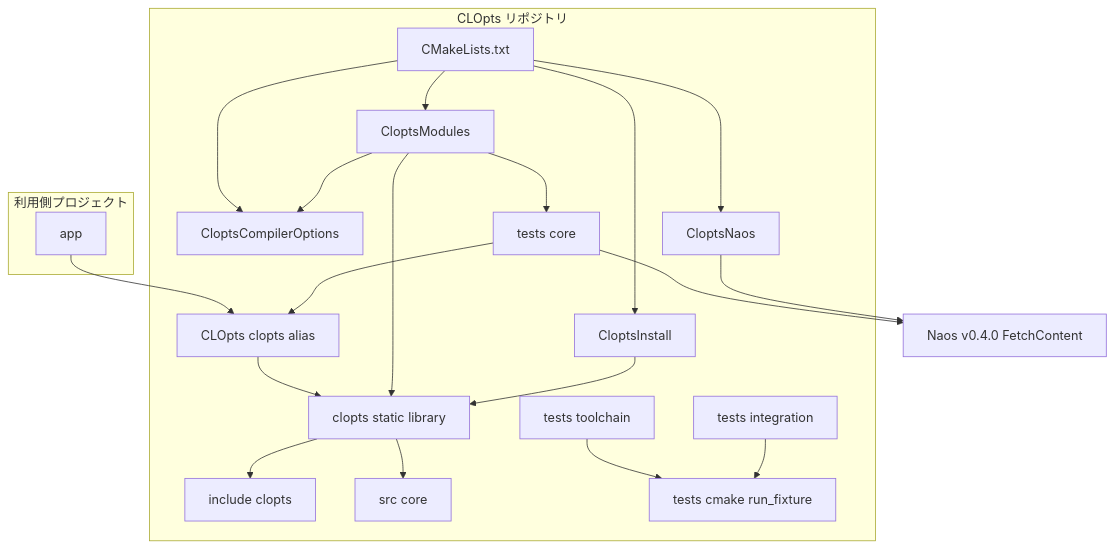
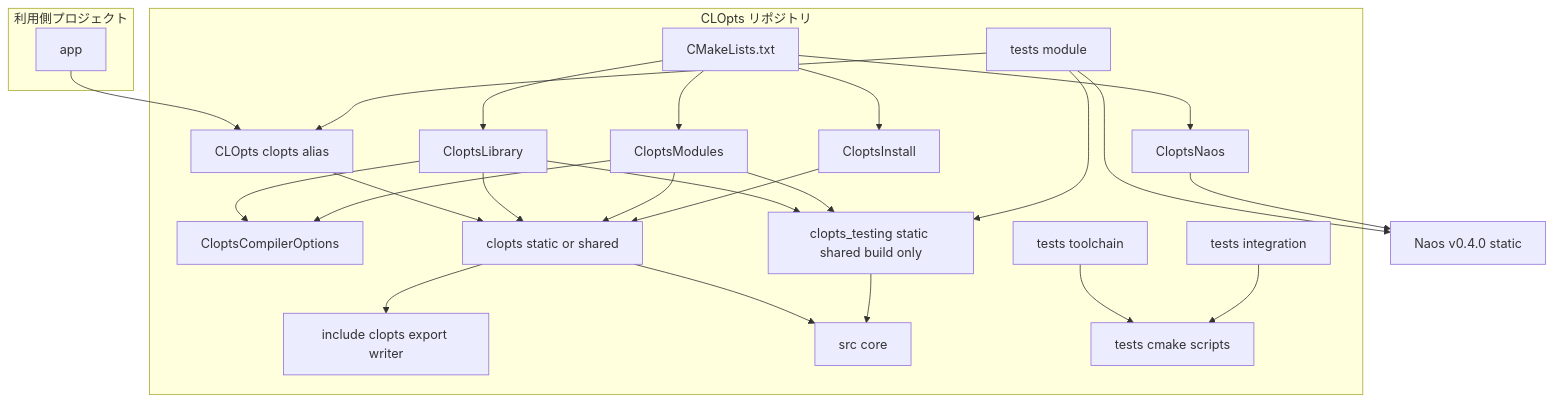
Before and after one commit to ktdevx/clopts-private: the first of 4 diagrams in .kiro/specs/project-foundation/design.md, drawn with Mermaid. The commit also changed other lines of this file and 2 other files, not shown here.

````diff
--- a/.kiro/specs/project-foundation/design.md
+++ b/.kiro/specs/project-foundation/design.md
@@ -69,40 +123,47 @@
 ```mermaid
 graph TB
     subgraph Consumer[利用側プロジェクト]
         App[app]
     end
     subgraph CLOpts[CLOpts リポジトリ]
         Root[CMakeLists.txt]
         Opts[CloptsCompilerOptions]
+        LibHelper[CloptsLibrary]
         Mods[CloptsModules]
         NaosFetch[CloptsNaos]
         Inst[CloptsInstall]
-        Lib[clopts static library]
+        Lib[clopts static or shared]
+        Testing[clopts_testing static shared build only]
         Alias[CLOpts clopts alias]
-        PubHdr[include clopts]
+        PubHdr[include clopts export writer]
         Core[src core]
-        CoreTests[tests core]
+        UnitTests[tests module]
         Toolchain[tests toolchain]
         Integration[tests integration]
-        RunFixture[tests cmake run_fixture]
+        RunFixture[tests cmake scripts]
     end
-    Naos[Naos v0.4.0 FetchContent]
+    Naos[Naos v0.4.0 static]
 
     App --> Alias
     Alias --> Lib
     Lib --> PubHdr
     Lib --> Core
-    Root --> Opts
+    Testing --> Core
+    Root --> LibHelper
     Root --> Mods
     Root --> NaosFetch
     Root --> Inst
+    LibHelper --> Opts
+    LibHelper --> Lib
+    LibHelper --> Testing
     Mods --> Opts
     Mods --> Lib
-    Mods --> CoreTests
-    CoreTests --> Naos
-    CoreTests --> Alias
+    Mods --> Testing
+    UnitTests --> Naos
+    UnitTests --> Testing
+    UnitTests --> Alias
     NaosFetch --> Naos
     Inst --> Lib
     Toolchain --> RunFixture
     Integration --> RunFixture
 ```
````
